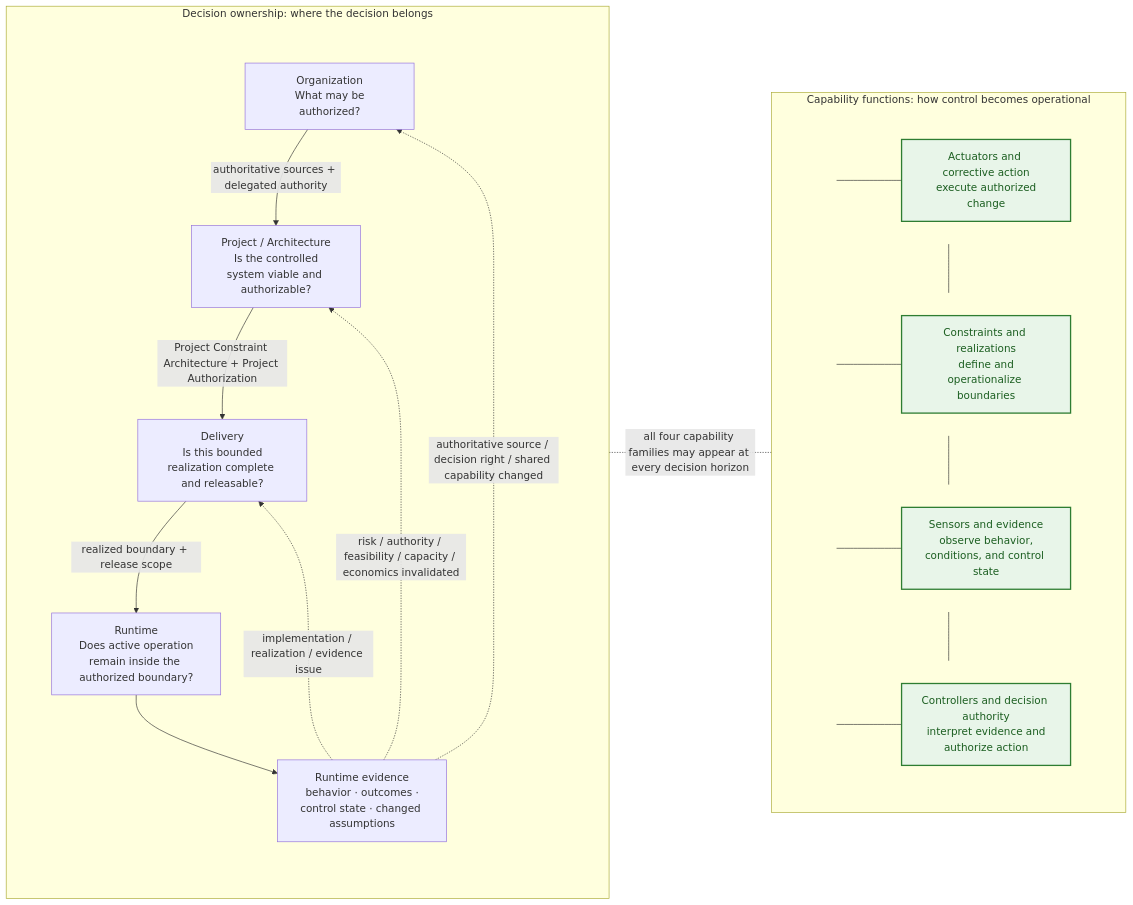
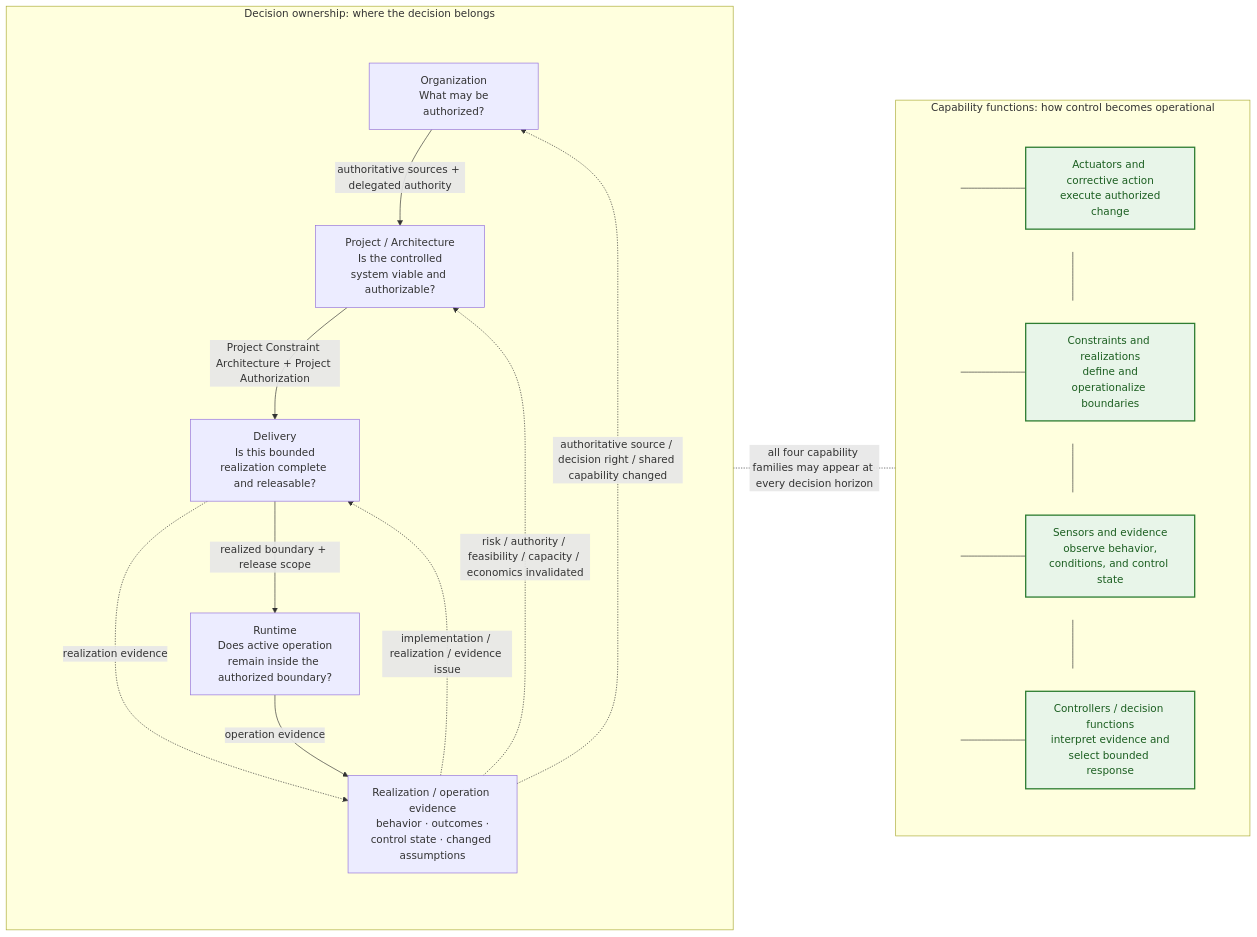
One commit to UncertaintyArchitectureGroup/uncertainty-architecture changed the ninth of 15 diagrams in content/research/notes/open-engineering-specification-article-draft.md. Above: the diagram before and after it, drawn with Mermaid. The commit also changed other lines of this file and 1 other file, not shown here.

````diff
--- a/content/research/notes/open-engineering-specification-article-draft.md
+++ b/content/research/notes/open-engineering-specification-article-draft.md
@@ -512,62 +498,63 @@
 ```mermaid
 flowchart LR
     subgraph L["Decision ownership: where the decision belongs"]
         direction TB
         subgraph SPINE9[" "]
   direction TB
   O["Organization<br/> What may be authorized?"]
   P["Project / Architecture<br/> Is the controlled system viable and authorizable?"]
   D["Delivery<br/> Is this bounded realization complete and releasable?"]
   R["Runtime<br/> Does active operation remain inside the authorized boundary?"]
-  E["Runtime evidence<br/> behavior · outcomes · control state · changed assumptions"]
+  E["Realization / operation evidence<br/> behavior · outcomes · control state · changed assumptions"]
 
   O -->|authoritative sources + delegated authority| P
   P -->|Project Constraint Architecture + Project Authorization| D
   D -->|realized boundary + release scope| R
-  R --> E
+  D -.->|realization evidence| E
+  R -->|operation evidence| E
         end
 
         E -.->|implementation / realization / evidence issue| D
         E -.->|risk / authority / feasibility / capacity / economics invalidated| P
         E -.->|authoritative source / decision right / shared capability changed| O
 
         style SPINE9 fill:none,stroke:none
     end
 
     subgraph F["Capability functions: how control becomes operational"]
         direction TB
 
         subgraph F1[" "]
   direction LR
   J1(( )) --- A["Actuators and corrective action<br/> execute authorized change"]
         end
         subgraph F2[" "]
   direction LR
   J2(( )) --- K["Constraints and realizations<br/> define and operationalize boundaries"]
         end
         subgraph F3[" "]
   direction LR
   J3(( )) --- S["Sensors and evidence<br/> observe behavior, conditions, and control state"]
         end
         subgraph F4[" "]
   direction LR
-  J4(( )) --- C["Controllers and decision authority<br/> interpret evidence and authorize action"]
+  J4(( )) --- C["Controllers / decision functions<br/> interpret evidence and select bounded response"]
         end
 
         J1 --- J2
         J2 --- J3
         J3 --- J4
 
         style F1 fill:none,stroke:none
         style F2 fill:none,stroke:none
         style F3 fill:none,stroke:none
         style F4 fill:none,stroke:none
     end
 
     L -. "all four capability families may appear at every decision horizon" .- F
 
     classDef capability fill:#e8f5e9,stroke:#2e7d32,stroke-width:2px,color:#1b5e20;
     classDef railpoint fill:transparent,stroke:transparent,color:transparent;
     class A,K,S,C capability;
     class J1,J2,J3,J4 railpoint;
 ```
````
